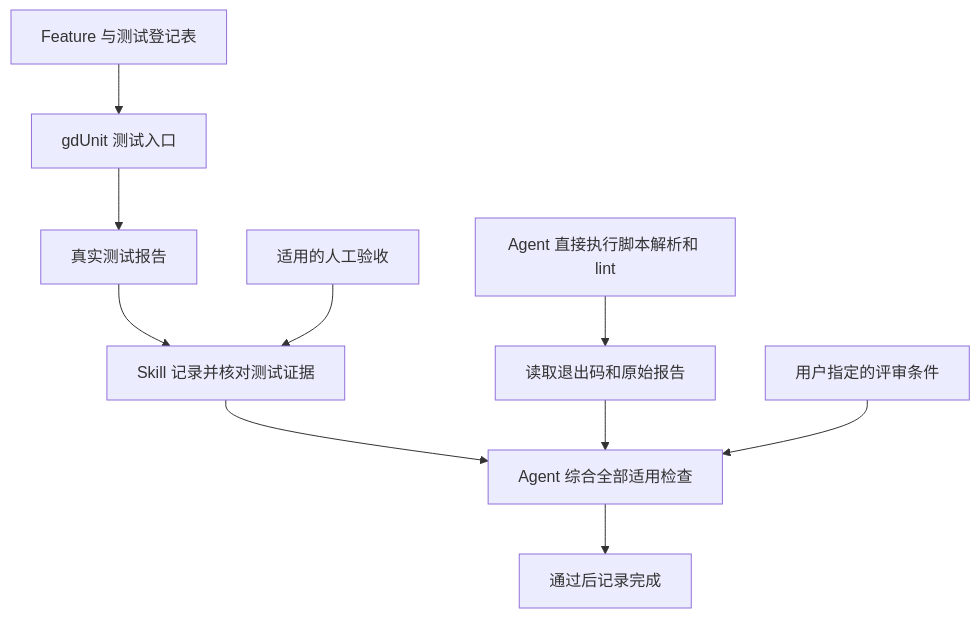
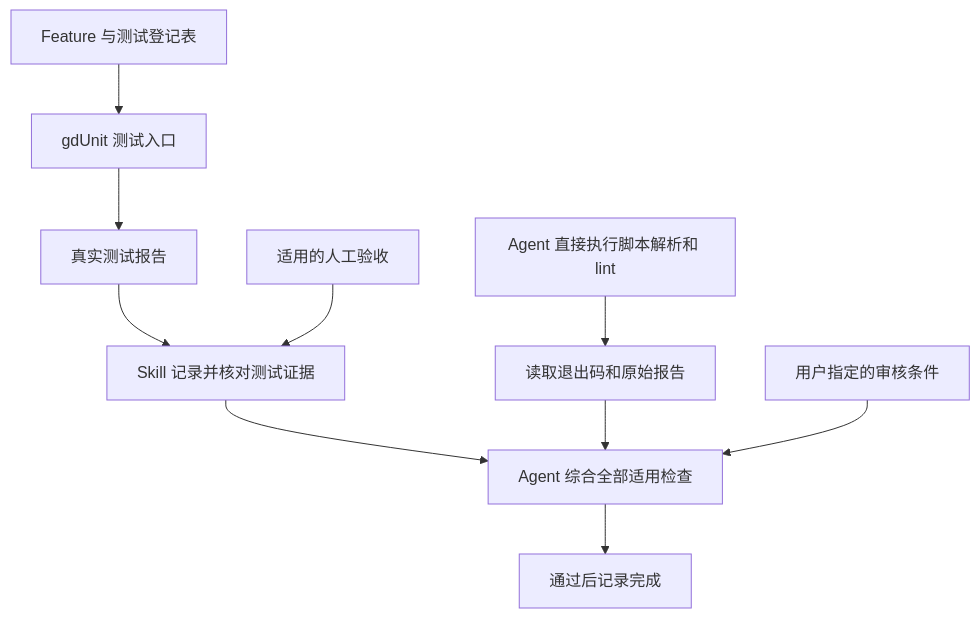
The diagram in project-source/tools/README.md (yxy823/Game_idle_yaya_frame), drawn with Mermaid before and after one commit. The commit also changed 9 other files, not shown here.

````diff
--- a/project-source/tools/README.md
+++ b/project-source/tools/README.md
@@ -396,12 +396,12 @@
 ```mermaid
 flowchart TD
     A[Feature 与测试登记表] --> B[gdUnit 测试入口]
     B --> C[真实测试报告]
     C --> D[Skill 记录并核对测试证据]
     E[适用的人工验收] --> D
     F[Agent 直接执行脚本解析和 lint] --> G[读取退出码和原始报告]
     D --> H[Agent 综合全部适用检查]
     G --> H
-    R[用户指定的评审条件] --> H
+    R[用户指定的审核条件] --> H
     H --> I[通过后记录完成]
 ```
````
